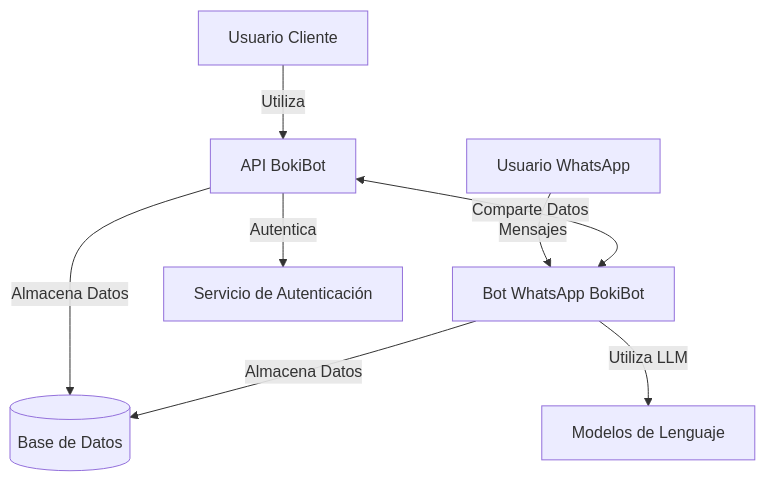
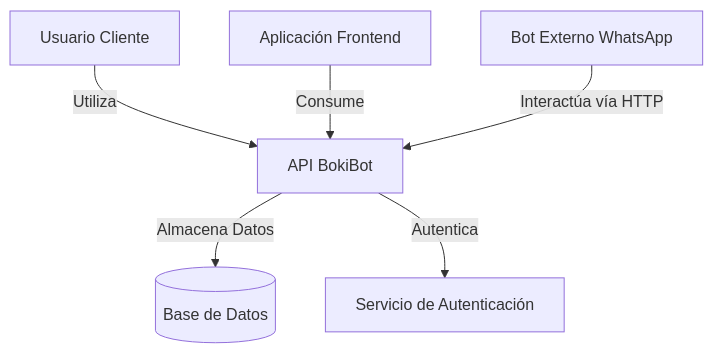
Before and after one commit to camilocalderont/boki-api: the first of 3 diagrams in README.md, drawn with Mermaid. The commit also changed other lines of this file, not shown here.

Commit message:
docs: actualizar README.md para reflejar cambios en la arquitectura de BokiBot API, incluyendo nuevos diagramas y detalles sobre la interacción con el frontend y servicios externos.

````diff
--- a/README.md
+++ b/README.md
@@ -7,10 +7,8 @@
 ```mermaid
 graph TD
     User[Usuario Cliente] -->|Utiliza| API[API BokiBot]
-    WhatsApp[Usuario WhatsApp] -->|Mensajes| Bot[Bot WhatsApp BokiBot]
-    API <-->|Comparte Datos| Bot
+    FrontEndApp[Aplicación Frontend] -->|Consume| API
+    WhatsAppBot[Bot Externo WhatsApp] -->|Interactúa vía HTTP| API
     API -->|Almacena Datos| DB[(Base de Datos)]
-    Bot -->|Almacena Datos| DB
     API -->|Autentica| Auth[Servicio de Autenticación]
-    Bot -->|Utiliza LLM| LLM[Modelos de Lenguaje]
 ```
````
